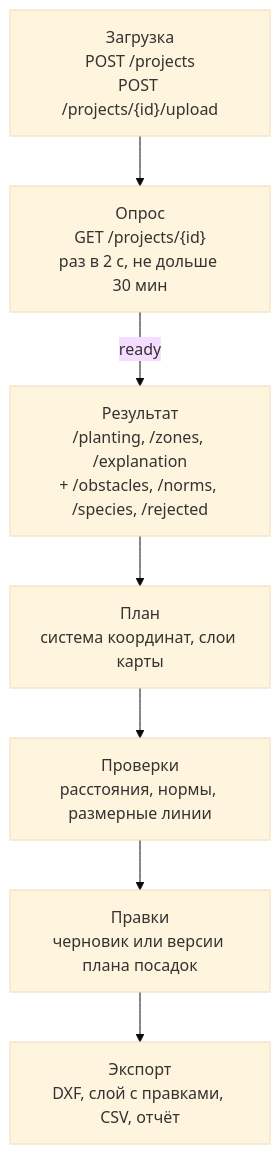
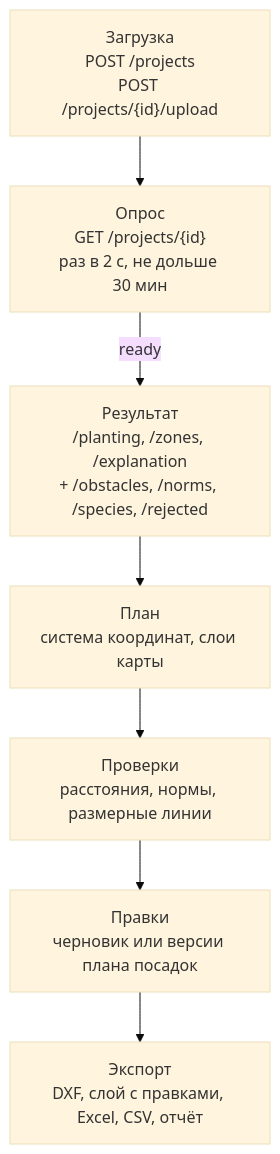
One commit to greenleadersteam/frontend changed the second of 3 diagrams in docs/architecture.md. Above: the diagram before and after it, drawn with Mermaid (base theme). The commit also changed other lines of this file and 10 other files, not shown here.

````diff
--- a/docs/architecture.md
+++ b/docs/architecture.md
@@ -51,9 +52,9 @@
 ```mermaid
 flowchart TB
   A["Загрузка<br/>POST /projects<br/>POST /projects/{id}/upload"] --> B["Опрос<br/>GET /projects/{id}<br/>раз в 2 с, не дольше 30 мин"]
   B -->|ready| C["Результат<br/>/planting, /zones, /explanation<br/>+ /obstacles, /norms, /species, /rejected"]
   C --> D["План<br/>система координат, слои карты"]
   D --> E["Проверки<br/>расстояния, нормы, размерные линии"]
   E --> F["Правки<br/>черновик или версии плана посадок"]
-  F --> G["Экспорт<br/>DXF, слой с правками, CSV, отчёт"]
+  F --> G["Экспорт<br/>DXF, слой с правками, Excel, CSV, отчёт"]
 ```
````
